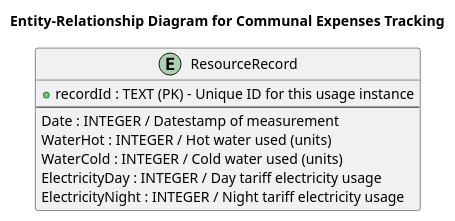
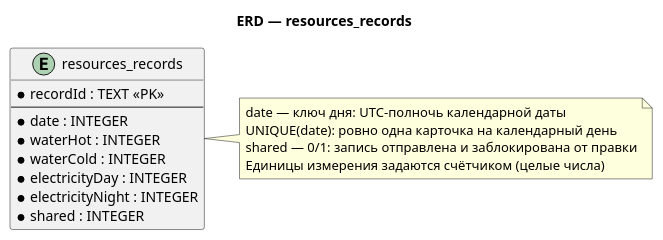
One commit to aiss83/ComunalExpenses2 changed the diagram in README_ERD_Diagram.puml. Above: the diagram before and after it, drawn with PlantUML. The commit also changed 8 other files, not shown here.

```diff
--- a/README_ERD_Diagram.puml
+++ b/README_ERD_Diagram.puml
@@ -1,17 +1,22 @@
 @startuml
-title Entity-Relationship Diagram for Communal Expenses Tracking
+title ERD — resources_records
 
-entity "ResourceRecord" as Resource {
-    + recordId : TEXT (PK) - Unique ID for this usage instance
+entity "resources_records" as resources {
+    * recordId : TEXT <<PK>>
     --
-    Date : INTEGER / Datestamp of measurement
-    WaterHot : INTEGER / Hot water used (units)
-    WaterCold : INTEGER / Cold water used (units)
-    ElectricityDay : INTEGER / Day tariff electricity usage
-    ElectricityNight : INTEGER / Night tariff electricity usage
+    * date : INTEGER
+    * waterHot : INTEGER
+    * waterCold : INTEGER
+    * electricityDay : INTEGER
+    * electricityNight : INTEGER
+    * shared : INTEGER
 }
 
-' In this specific current schema, the entity is atomic (one table/one transaction).
-' If there were separate tables for Users, Meters, or Tariffs, relationships would be drawn here.
+note right of resources
+    date — ключ дня: UTC-полночь календарной даты
+    UNIQUE(date): ровно одна карточка на календарный день
+    shared — 0/1: запись отправлена и заблокирована от правки
+    Единицы измерения задаются счётчиком (целые числа)
+end note
 
 @enduml
```
